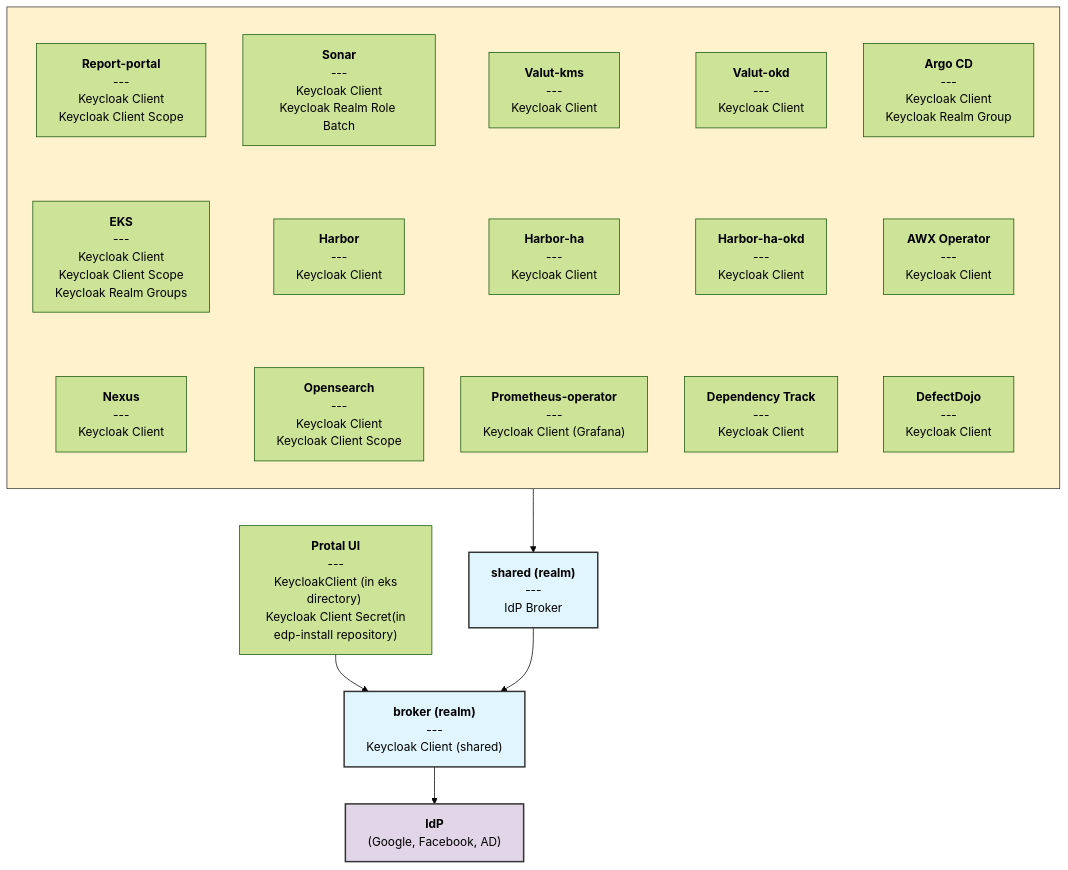
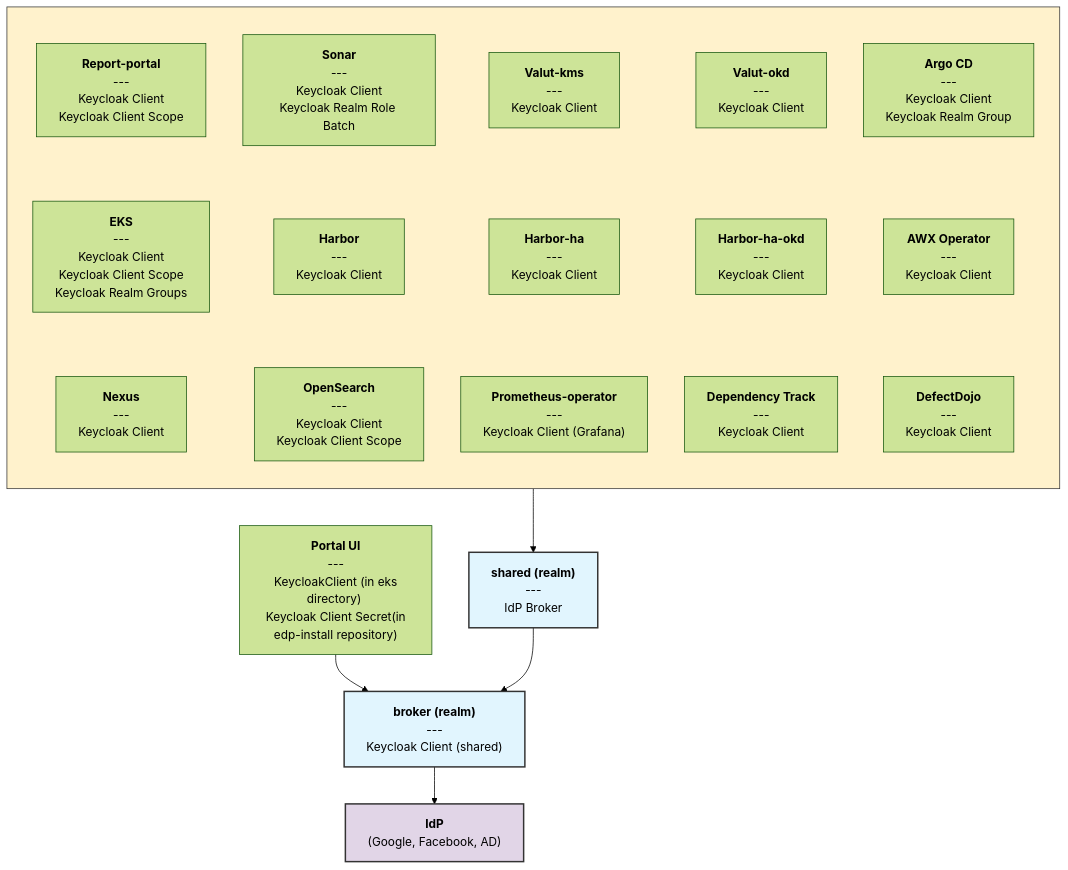
One commit to KubeRocketCI/docs changed the first of 2 diagrams in versioned_docs/version-3.9.0/operator-guide/auth/platform-auth-model.md. Above: the diagram before and after it, drawn with Mermaid (forest theme). The commit also changed other lines of this file and 1 other file, not shown here.

Commit message:
fix: Fix syntax issues

````diff
--- a/versioned_docs/version-3.9.0/operator-guide/auth/platform-auth-model.md
+++ b/versioned_docs/version-3.9.0/operator-guide/auth/platform-auth-model.md
@@ -13,40 +13,40 @@
 ```mermaid
 graph TD;
     style integrated_services fill:#FFF2CC,stroke:#333,stroke-width:1px
     style shared_realm fill:#e1f5fe,stroke:#333,stroke-width:2px
     style broker_realm fill:#e1f5fe,stroke:#333,stroke-width:2px
     style IdP fill:#E1D5E7,stroke:#333,stroke-width:2px,dashed
 
     subgraph integrated_services [" "]
         direction TB
         Report-Portal["<b>Report-portal</b><br>---<br>Keycloak Client<br> Keycloak Client Scope"]
         Sonar["<b>Sonar</b><br>---<br>Keycloak Client<br>Keycloak Realm Role Batch"]
         Vault-kms["<b>Valut-kms</b><br> --- <br> Keycloak Client"]
         Vault-okd["<b>Valut-okd</b><br> --- <br> Keycloak Client"]
         ArgoCD["<b>Argo CD</b><br> --- <br> Keycloak Client <br> Keycloak Realm Group"]
 
         EKS["<b>EKS</b><br> --- <br> Keycloak Client <br> Keycloak Client Scope <br> Keycloak Realm Groups"]
         Harbor["<b>Harbor</b><br> --- <br> Keycloak Client"]
         Harbor-ha["<b>Harbor-ha</b><br> --- <br> Keycloak Client"]
         Harbor-ha-okd["<b>Harbor-ha-okd</b><br> --- <br> Keycloak Client"]
         AWX-operator["<b>AWX Operator</b><br> --- <br> Keycloak Client"]
 
         Nexus["<b>Nexus</b><br> --- <br> Keycloak Client"]
-        Opensearch["<b>Opensearch</b><br> --- <br> Keycloak Client <br> Keycloak Client Scope"]
+        OpenSearch["<b>OpenSearch</b><br> --- <br> Keycloak Client <br> Keycloak Client Scope"]
         Prometheus-operator["<b>Prometheus-operator</b><br> --- <br> Keycloak Client (Grafana)"]
         DependencyTrack["<b>Dependency Track</b><br> --- <br> Keycloak Client"]
         DefectDojo["<b>DefectDojo</b><br> --- <br> Keycloak Client"]
 
         Report-Portal ~~~ EKS ~~~ Nexus
-        Sonar ~~~ Harbor ~~~ Opensearch
+        Sonar ~~~ Harbor ~~~ OpenSearch
         Vault-kms ~~~ Harbor-ha ~~~ Prometheus-operator
         Vault-okd ~~~ Harbor-ha-okd ~~~ DependencyTrack
         ArgoCD ~~~ AWX-operator ~~~ DefectDojo
     end
 
     integrated_services --> shared_realm["<b>shared (realm)</b><br> --- <br> IdP Broker"]
 
-    Portal["<b>Protal UI</b><br> --- <br> KeycloakClient (in eks directory) <br> Keycloak Client Secret(in edp-install repository)"] --> broker_realm["broker (realm)"]
+    Portal["<b>Portal UI</b><br> --- <br> KeycloakClient (in eks directory) <br> Keycloak Client Secret(in edp-install repository)"] --> broker_realm["broker (realm)"]
     shared_realm --> broker_realm["<b>broker (realm)</b><br> --- <br> Keycloak Client (shared)"]
     broker_realm --> IdP["<b>IdP</b><br> (Google, Facebook, AD)"]
 ```
````
